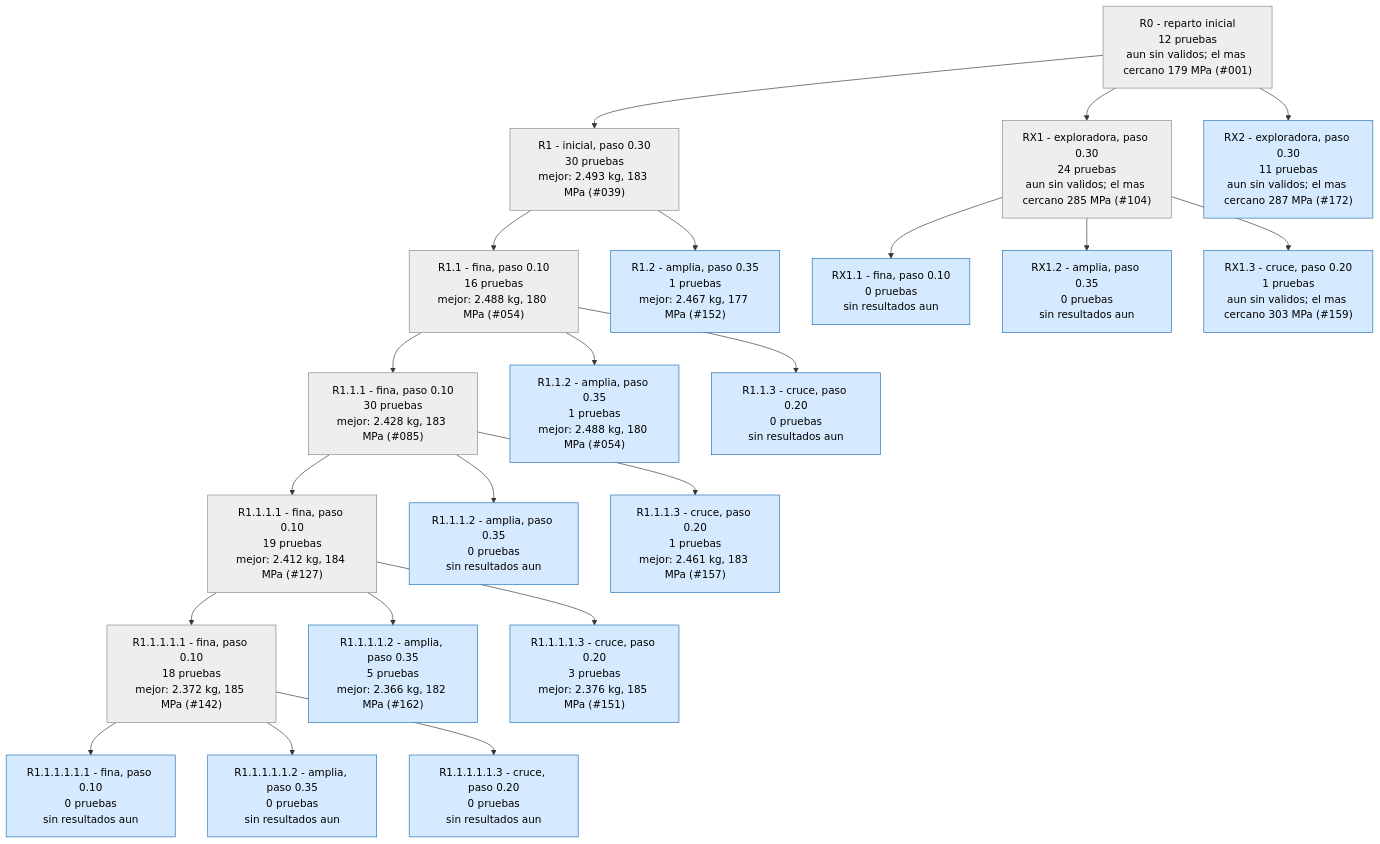
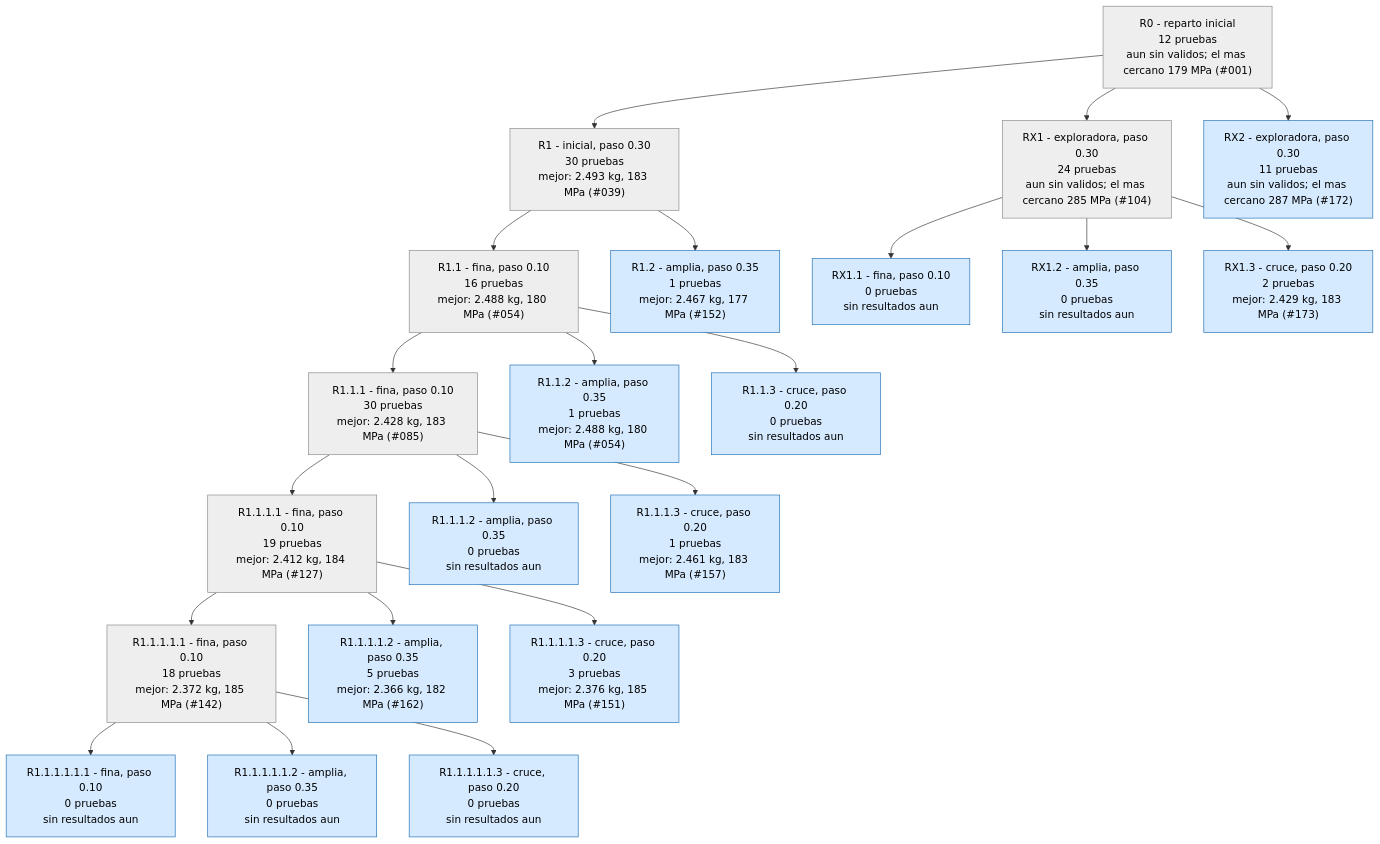
The second of 4 diagrams in runs/opt_37800N/ARBOL.md (Hugiko/msd-soporte-optimizacion), drawn with Mermaid before and after one commit. The commit also changed 22 other files, not shown here.

````diff
--- a/runs/opt_37800N/ARBOL.md
+++ b/runs/opt_37800N/ARBOL.md
@@ -29,47 +29,47 @@
 ```mermaid
 graph TD
 classDef activa fill:#d6eaff,stroke:#1f6fb5,color:#000
 classDef fin fill:#eeeeee,stroke:#888,color:#000
 classDef mejor fill:#c8f0c0,stroke:#1a9850,stroke-width:4px,color:#000
 R0["R0 - reparto inicial<br/>12 pruebas<br/>aun sin validos; el mas cercano 179 MPa (#001)"]:::fin
 R1["R1 - inicial, paso 0.30<br/>30 pruebas<br/>mejor: 2.493 kg, 183 MPa (#039)"]:::fin
 R0 --> R1
 R1_1["R1.1 - fina, paso 0.10<br/>16 pruebas<br/>mejor: 2.488 kg, 180 MPa (#054)"]:::fin
 R1 --> R1_1
 R1_2["R1.2 - amplia, paso 0.35<br/>1 pruebas<br/>mejor: 2.467 kg, 177 MPa (#152)"]:::activa
 R1 --> R1_2
 R1_1_1["R1.1.1 - fina, paso 0.10<br/>30 pruebas<br/>mejor: 2.428 kg, 183 MPa (#085)"]:::fin
 R1_1 --> R1_1_1
 R1_1_2["R1.1.2 - amplia, paso 0.35<br/>1 pruebas<br/>mejor: 2.488 kg, 180 MPa (#054)"]:::activa
 R1_1 --> R1_1_2
 R1_1_3["R1.1.3 - cruce, paso 0.20<br/>0 pruebas<br/>sin resultados aun"]:::activa
 R1_1 --> R1_1_3
 R1_1_1_1["R1.1.1.1 - fina, paso 0.10<br/>19 pruebas<br/>mejor: 2.412 kg, 184 MPa (#127)"]:::fin
 R1_1_1 --> R1_1_1_1
 R1_1_1_2["R1.1.1.2 - amplia, paso 0.35<br/>0 pruebas<br/>sin resultados aun"]:::activa
 R1_1_1 --> R1_1_1_2
 R1_1_1_3["R1.1.1.3 - cruce, paso 0.20<br/>1 pruebas<br/>mejor: 2.461 kg, 183 MPa (#157)"]:::activa
 R1_1_1 --> R1_1_1_3
 RX1["RX1 - exploradora, paso 0.30<br/>24 pruebas<br/>aun sin validos; el mas cercano 285 MPa (#104)"]:::fin
 R0 --> RX1
 RX1_1["RX1.1 - fina, paso 0.10<br/>0 pruebas<br/>sin resultados aun"]:::activa
 RX1 --> RX1_1
 RX1_2["RX1.2 - amplia, paso 0.35<br/>0 pruebas<br/>sin resultados aun"]:::activa
 RX1 --> RX1_2
-RX1_3["RX1.3 - cruce, paso 0.20<br/>1 pruebas<br/>aun sin validos; el mas cercano 303 MPa (#159)"]:::activa
+RX1_3["RX1.3 - cruce, paso 0.20<br/>2 pruebas<br/>mejor: 2.429 kg, 183 MPa (#173)"]:::activa
 RX1 --> RX1_3
 R1_1_1_1_1["R1.1.1.1.1 - fina, paso 0.10<br/>18 pruebas<br/>mejor: 2.372 kg, 185 MPa (#142)"]:::fin
 R1_1_1_1 --> R1_1_1_1_1
 R1_1_1_1_2["R1.1.1.1.2 - amplia, paso 0.35<br/>5 pruebas<br/>mejor: 2.366 kg, 182 MPa (#162)"]:::activa
 R1_1_1_1 --> R1_1_1_1_2
 R1_1_1_1_3["R1.1.1.1.3 - cruce, paso 0.20<br/>3 pruebas<br/>mejor: 2.376 kg, 185 MPa (#151)"]:::activa
 R1_1_1_1 --> R1_1_1_1_3
 R1_1_1_1_1_1["R1.1.1.1.1.1 - fina, paso 0.10<br/>0 pruebas<br/>sin resultados aun"]:::activa
 R1_1_1_1_1 --> R1_1_1_1_1_1
 R1_1_1_1_1_2["R1.1.1.1.1.2 - amplia, paso 0.35<br/>0 pruebas<br/>sin resultados aun"]:::activa
 R1_1_1_1_1 --> R1_1_1_1_1_2
 R1_1_1_1_1_3["R1.1.1.1.1.3 - cruce, paso 0.20<br/>0 pruebas<br/>sin resultados aun"]:::activa
 R1_1_1_1_1 --> R1_1_1_1_1_3
 RX2["RX2 - exploradora, paso 0.30<br/>11 pruebas<br/>aun sin validos; el mas cercano 287 MPa (#172)"]:::activa
 R0 --> RX2
 ```
````
